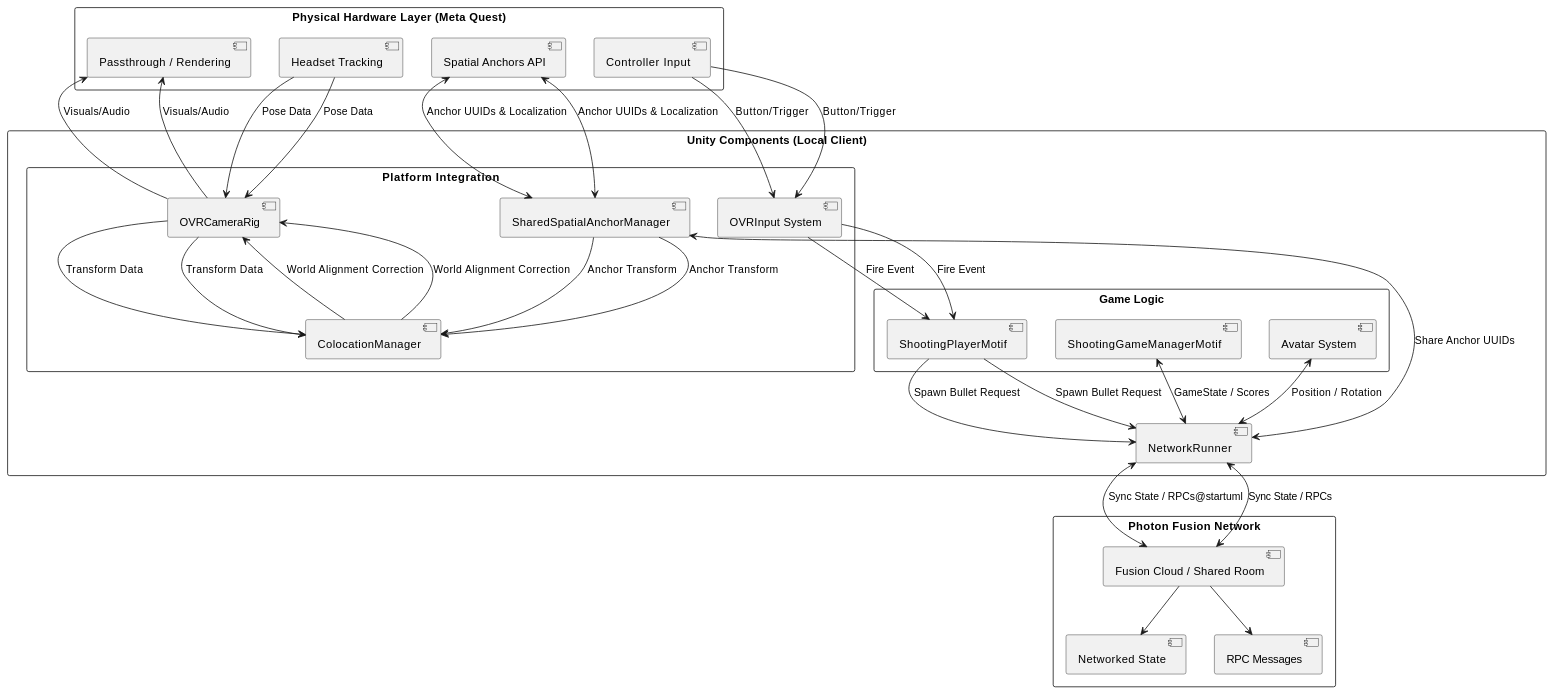
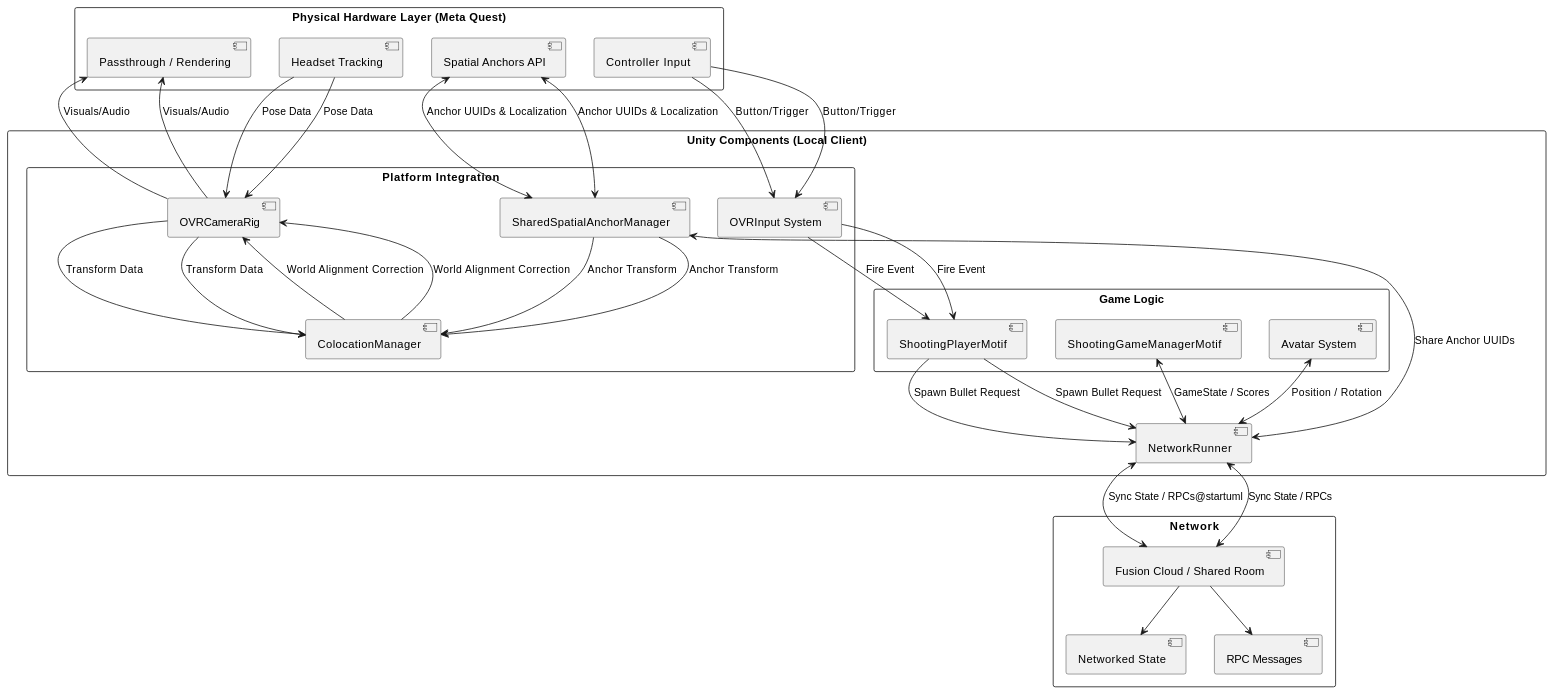
The second of 2 diagrams in architecture diagram.md (jfriisj/unity-shooting-arena-co-location), drawn with PlantUML before and after one commit. The commit also changed other lines of this file and 26 other files, not shown here.

```diff
--- a/architecture diagram.md
+++ b/architecture diagram.md
@@ -110,7 +110,7 @@
     [NetworkRunner] as Runner
 }
 
-package "Photon Fusion Network" as Network {
+package "Network" as Network {
     [Fusion Cloud / Shared Room] as Cloud
     [Networked State] as NetState
     [RPC Messages] as RPCs
```
